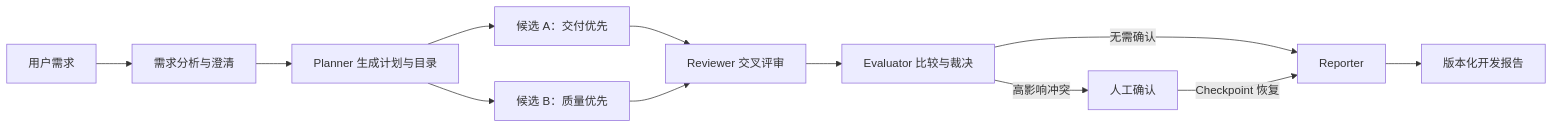
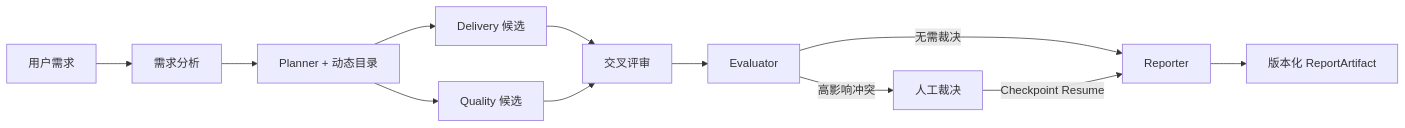
Before and after one commit to sail0kevin/AgentForge: the diagram in README.md, drawn with Mermaid. The commit also changed other lines of this file and 22 other files, not shown here.

````diff
--- a/README.md
+++ b/README.md
@@ -53,14 +35,14 @@
 ```mermaid
 flowchart LR
-    A["用户需求"] --> B["需求分析与澄清"]
-    B --> C["Planner 生成计划与目录"]
-    C --> D1["候选 A：交付优先"]
-    C --> D2["候选 B：质量优先"]
-    D1 --> E["Reviewer 交叉评审"]
+    A[用户需求] --> B[需求分析]
+    B --> C[Planner + 动态目录]
+    C --> D1[Delivery 候选]
+    C --> D2[Quality 候选]
+    D1 --> E[交叉评审]
     D2 --> E
-    E --> F["Evaluator 比较与裁决"]
-    F -->|"高影响冲突"| G["人工确认"]
-    F -->|"无需确认"| H["Reporter"]
-    G -->|"Checkpoint 恢复"| H
-    H --> I["版本化开发报告"]
+    E --> F[Evaluator]
+    F -->|高影响冲突| G[人工裁决]
+    F -->|无需裁决| H[Reporter]
+    G -->|Checkpoint Resume| H
+    H --> I[版本化 ReportArtifact]
 ```
````
